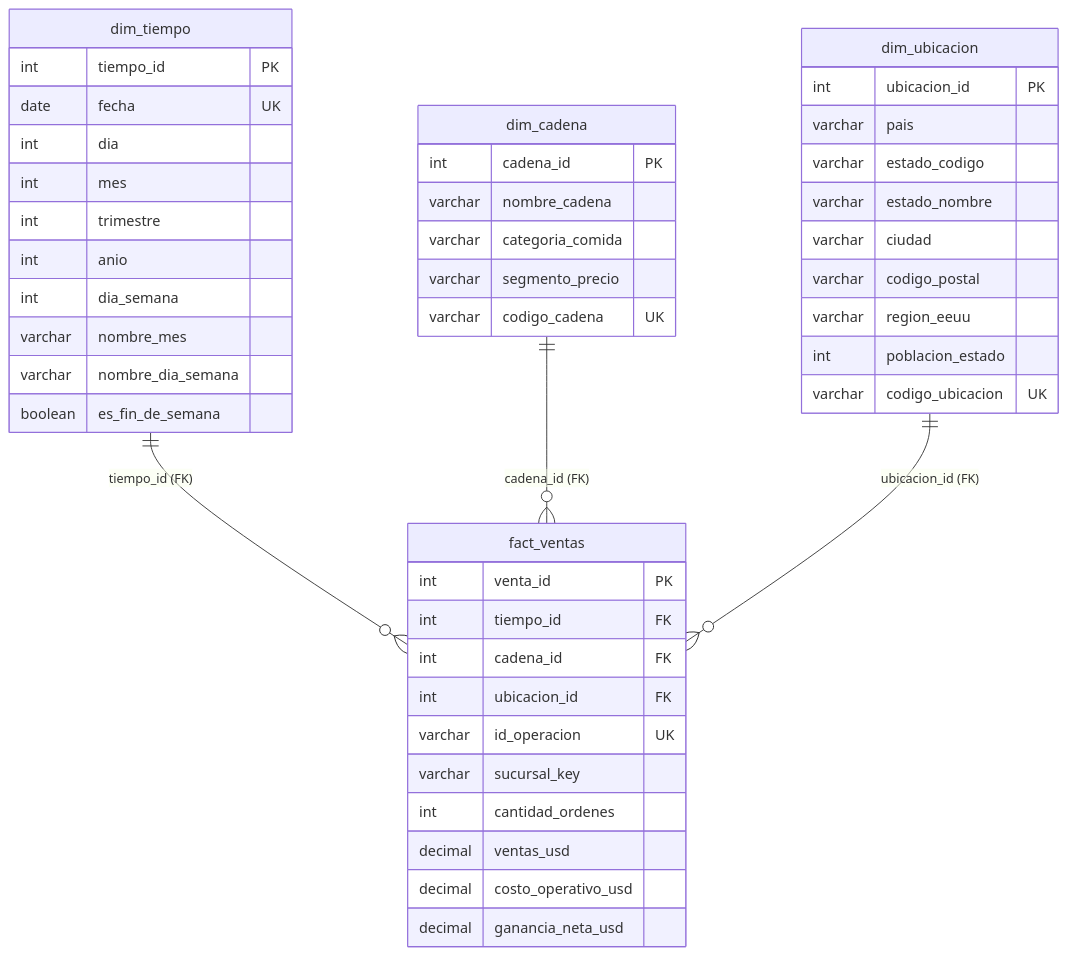
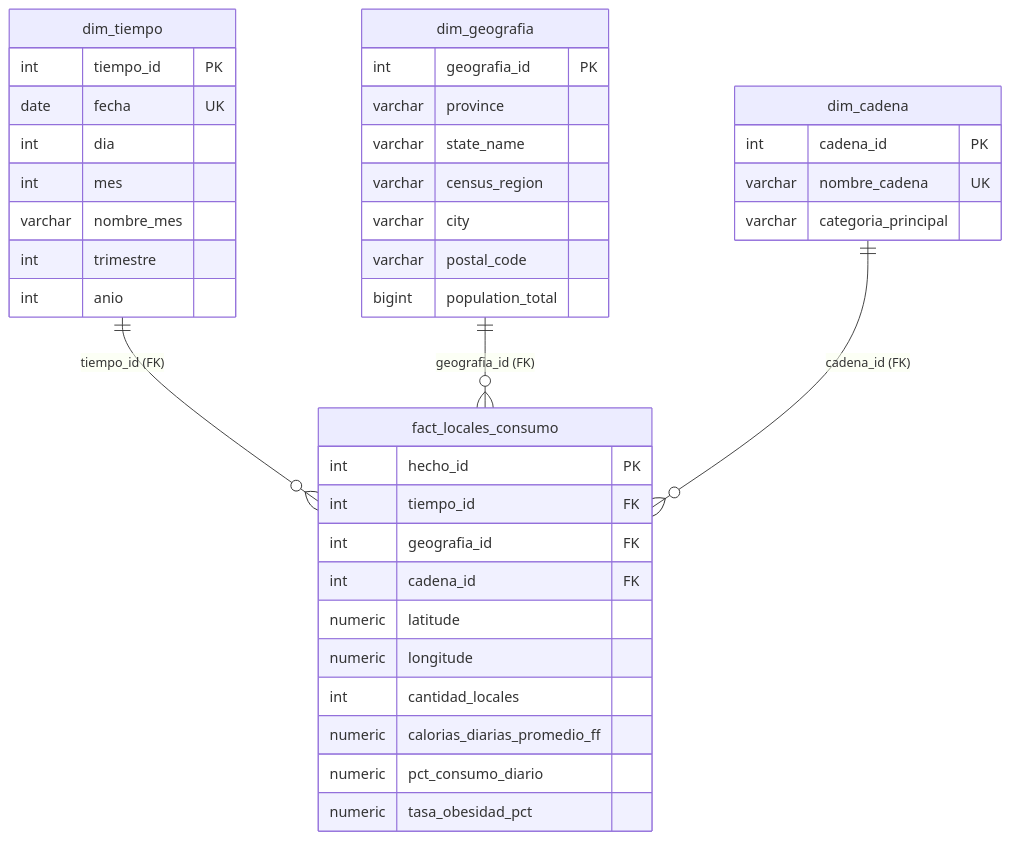
Before and after one commit to MatiasCarlsson/AE-4-GABDD: the diagram in INFORME_AE4_GABD_2026.md, drawn with Mermaid. The commit also changed other lines of this file and 18 other files, not shown here.

Commit message:
refactor: update Power BI guide, DW schema, ETL scripts, and analytical queries for final project requirements

````diff
--- a/INFORME_AE4_GABD_2026.md
+++ b/INFORME_AE4_GABD_2026.md
@@ -104,52 +95,45 @@
 ```mermaid
 erDiagram
-    dim_tiempo ||--o{ fact_ventas : "tiempo_id (FK)"
-    dim_cadena ||--o{ fact_ventas : "cadena_id (FK)"
-    dim_ubicacion ||--o{ fact_ventas : "ubicacion_id (FK)"
+    dim_tiempo ||--o{ fact_locales_consumo : "tiempo_id (FK)"
+    dim_geografia ||--o{ fact_locales_consumo : "geografia_id (FK)"
+    dim_cadena ||--o{ fact_locales_consumo : "cadena_id (FK)"
 
     dim_tiempo {
         int tiempo_id PK
         date fecha UK
         int dia
         int mes
+        varchar nombre_mes
         int trimestre
         int anio
-        int dia_semana
-        varchar nombre_mes
-        varchar nombre_dia_semana
-        boolean es_fin_de_semana
+    }
+
+    dim_geografia {
+        int geografia_id PK
+        varchar province
+        varchar state_name
+        varchar census_region
+        varchar city
+        varchar postal_code
+        bigint population_total
     }
 
     dim_cadena {
         int cadena_id PK
-        varchar nombre_cadena
-        varchar categoria_comida
-        varchar segmento_precio
-        varchar codigo_cadena UK
+        varchar nombre_cadena UK
+        varchar categoria_principal
     }
 
-    dim_ubicacion {
-        int ubicacion_id PK
-        varchar pais
-        varchar estado_codigo
-        varchar estado_nombre
-        varchar ciudad
-        varchar codigo_postal
-        varchar region_eeuu
-        int poblacion_estado
-        varchar codigo_ubicacion UK
-    }
-
-    fact_ventas {
-        int venta_id PK
+    fact_locales_consumo {
+        int hecho_id PK
         int tiempo_id FK
+        int geografia_id FK
         int cadena_id FK
-        int ubicacion_id FK
-        varchar id_operacion UK
-        varchar sucursal_key
-        int cantidad_ordenes
-        decimal ventas_usd
-        decimal costo_operativo_usd
-        decimal ganancia_neta_usd
+        numeric latitude
+        numeric longitude
+        int cantidad_locales
+        numeric calorias_diarias_promedio_ff
+        numeric pct_consumo_diario
+        numeric tasa_obesidad_pct
     }
 ```
````
